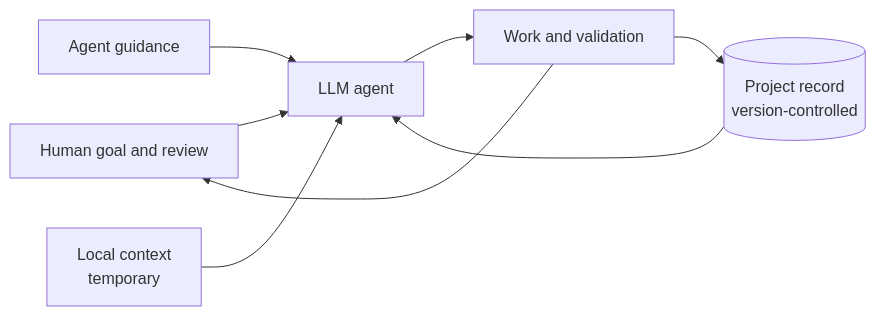
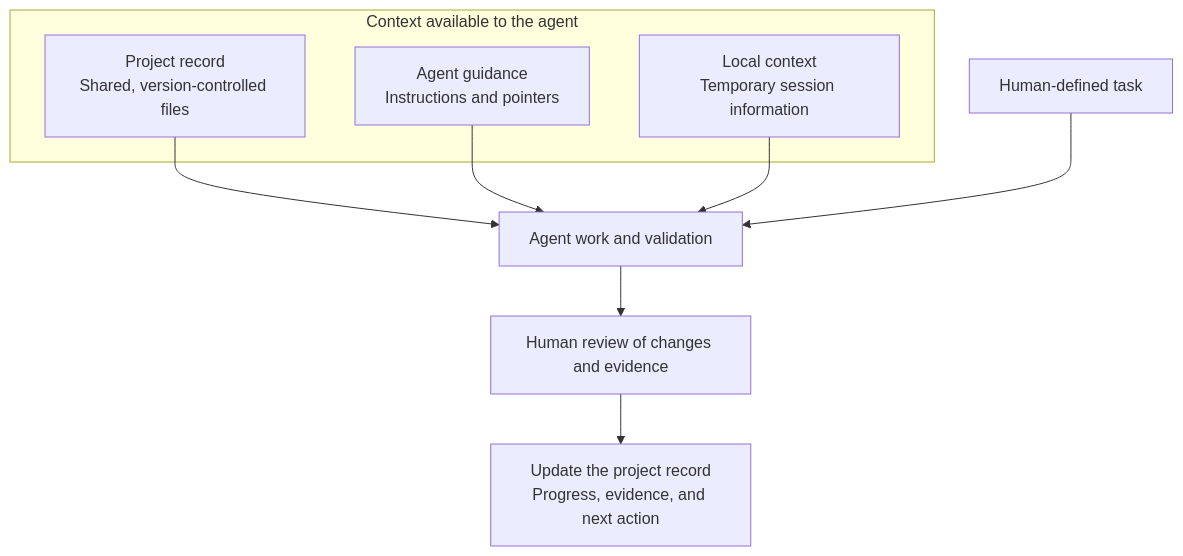
One commit to 7FeiW/Incomplete_guide changed the first of 2 diagrams in docs/15_Agentic_Workflow.md. Above: the diagram before and after it, drawn with Mermaid. The commit also changed other lines of this file, not shown here.

````diff
--- a/docs/15_Agentic_Workflow.md
+++ b/docs/15_Agentic_Workflow.md
@@ -54,10 +54,15 @@
 ```mermaid
-flowchart LR
-    H[Human goal and review] --> A[LLM agent]
-    R[(Project record<br/>version-controlled)] --> A
-    G[Agent guidance] --> A
-    C[Local context<br/>temporary] --> A
-    A --> W[Work and validation]
-    W --> H
-    W --> R
+flowchart TB
+    subgraph Context[Context available to the agent]
+        R["Project record<br/>Shared, version-controlled files"]
+        G["Agent guidance<br/>Instructions and pointers"]
+        C["Local context<br/>Temporary session information"]
+    end
+
+    R --> A["Agent work and validation"]
+    G --> A
+    C --> A
+    H["Human-defined task"] --> A
+    A --> V["Human review of changes and evidence"]
+    V --> U["Update the project record<br/>Progress, evidence, and next action"]
 ```
````
